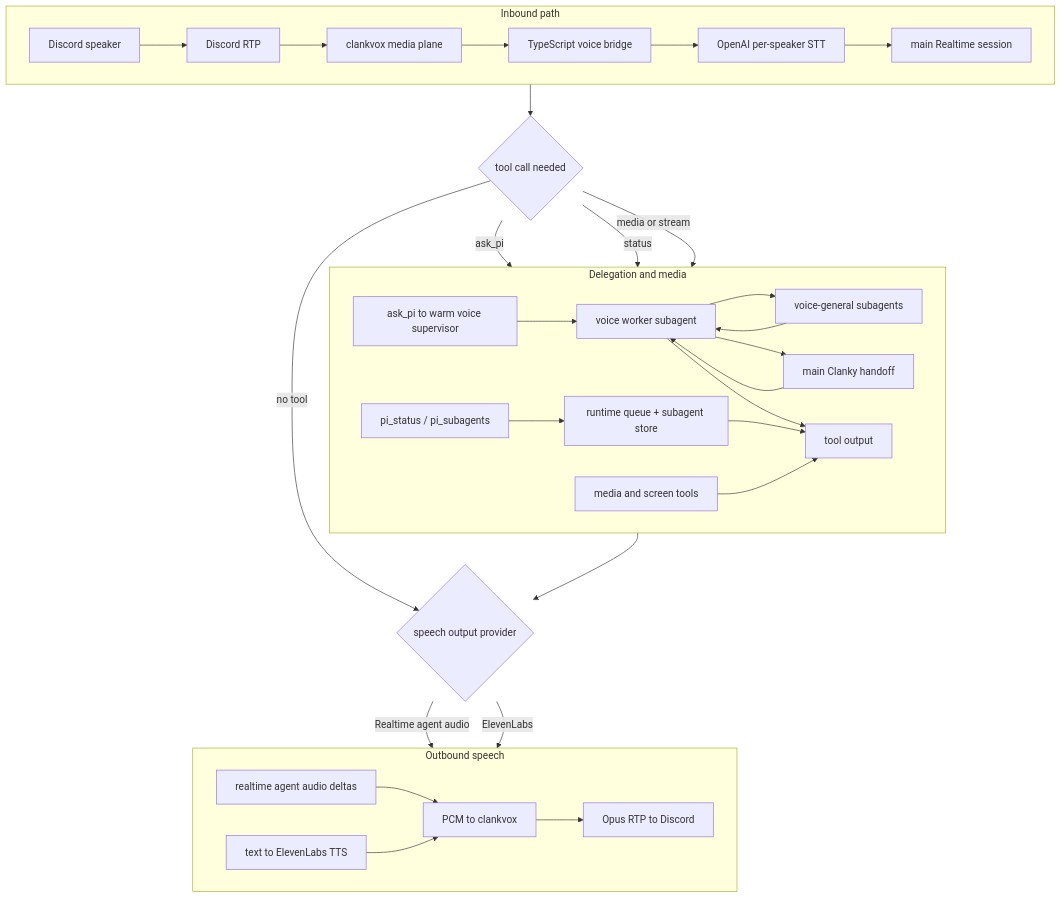
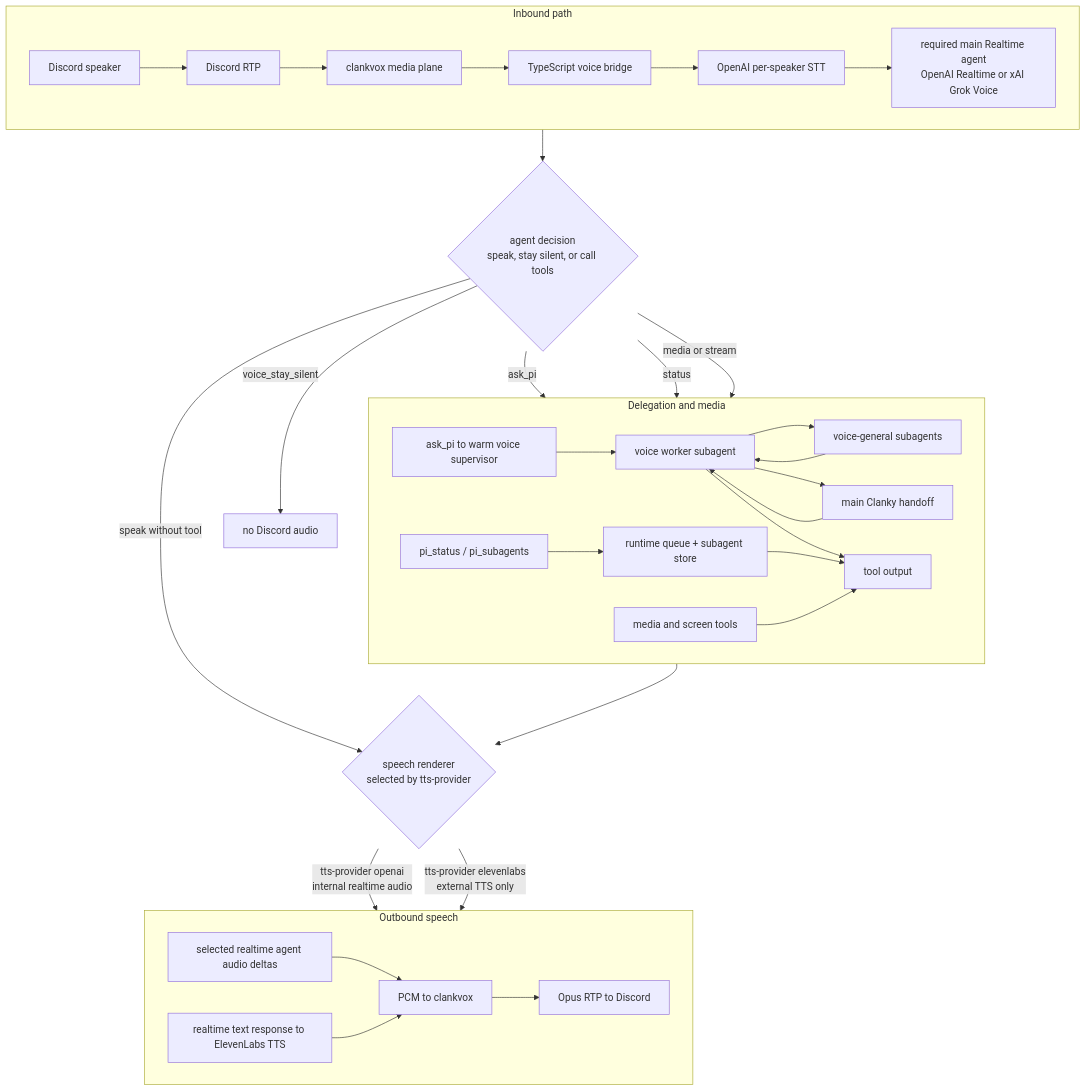
One commit to Volpestyle/clanky changed the diagram in docs/discord-voice-architecture.md. Above: the diagram before and after it, drawn with Mermaid. The commit also changed other lines of this file and 1 other file, not shown here.

First line of the commit message:
Clarify Discord voice provider split

````diff
--- a/docs/discord-voice-architecture.md
+++ b/docs/discord-voice-architecture.md
@@ -10,42 +12,43 @@
 ```mermaid
 flowchart TB
   subgraph inbound["Inbound path"]
     direction LR
     speaker["Discord speaker"] --> rtp["Discord RTP"]
     rtp --> vox["clankvox media plane"]
     vox --> bridge["TypeScript voice bridge"]
     bridge --> stt["OpenAI per-speaker STT"]
-    stt --> realtime["main Realtime session"]
+    stt --> realtime["required main Realtime agent<br/>OpenAI Realtime or xAI Grok Voice"]
   end
 
-  realtime --> toolChoice{"tool call needed"}
+  realtime --> toolChoice{"agent decision<br/>speak, stay silent, or call tools"}
 
   subgraph delegation["Delegation and media"]
     direction LR
     pi["ask_pi to warm voice supervisor"] --> supervisor["voice worker subagent"]
     supervisor --> general["voice-general subagents"]
     supervisor --> mainAgent["main Clanky handoff"]
     general --> supervisor
     mainAgent --> supervisor
     supervisor --> toolReturn["tool output"]
     statusTools["pi_status / pi_subagents"] --> controlState["runtime queue + subagent store"]
     controlState --> toolReturn
     mediaTools["media and screen tools"] --> toolReturn
   end
 
   toolChoice -->|ask_pi| pi
   toolChoice -->|status| statusTools
   toolChoice -->|media or stream| mediaTools
-  toolChoice -->|no tool| speechChoice
-  toolReturn --> speechChoice{"speech output provider"}
+  toolChoice -->|speak without tool| speechChoice
+  toolChoice -->|voice_stay_silent| silent["no Discord audio"]
+  toolReturn --> speechChoice{"speech renderer<br/>selected by tts-provider"}
 
   subgraph outbound["Outbound speech"]
     direction LR
-    realtimeAudio["realtime agent audio deltas"] --> playback["PCM to clankvox"]
-    elevenText["text to ElevenLabs TTS"] --> playback
+    realtimeAudio["selected realtime agent audio deltas"] --> playback["PCM to clankvox"]
+    elevenText["realtime text response to ElevenLabs TTS"] --> playback
     playback --> outboundRtp["Opus RTP to Discord"]
   end
 
-  speechChoice -->|Realtime agent audio| realtimeAudio
-  speechChoice -->|ElevenLabs| elevenText
+  speechChoice -->|tts-provider openai<br/>internal realtime audio| realtimeAudio
+  speechChoice -->|tts-provider elevenlabs<br/>external TTS only| elevenText
 ```
````
